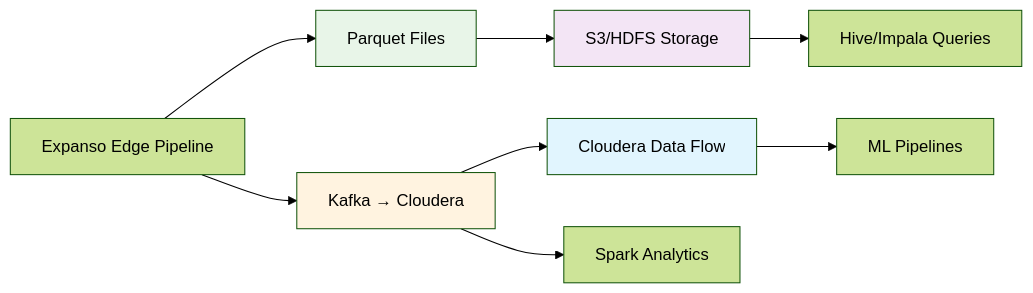
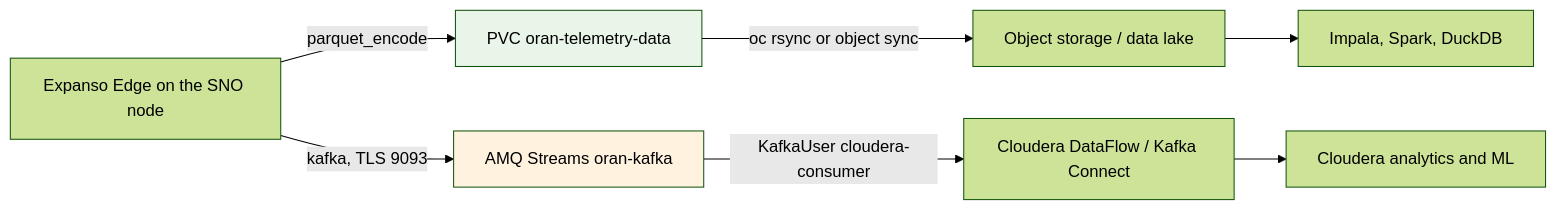
The diagram in docs/integrations/oran-telco-pipeline/step-5-parquet-and-cloudera.mdx (expanso-io/examples.expanso.io), drawn with Mermaid (forest theme) before and after one commit. The commit also changed other lines of this file and 36 other files, not shown here.

````diff
--- a/docs/integrations/oran-telco-pipeline/step-5-parquet-and-cloudera.mdx
+++ b/docs/integrations/oran-telco-pipeline/step-5-parquet-and-cloudera.mdx
@@ -34,15 +32,12 @@
 ```mermaid
 graph LR
-    A[Expanso Edge Pipeline] --> B[Parquet Files]
-    A --> C[Kafka → Cloudera]
-    B --> D[S3/HDFS Storage]
-    C --> E[Cloudera Data Flow]
-    C --> F[Spark Analytics]
-    D --> G[Hive/Impala Queries]
-    E --> H[ML Pipelines]
+    A[Expanso Edge on the SNO node] -->|parquet_encode| B[PVC oran-telemetry-data]
+    A -->|kafka, TLS 9093| C[AMQ Streams oran-kafka]
+    B -->|oc rsync or object sync| D[Object storage / data lake]
+    C -->|KafkaUser cloudera-consumer| E[Cloudera DataFlow / Kafka Connect]
+    D --> F[Impala, Spark, DuckDB]
+    E --> G[Cloudera analytics and ML]
 
     style B fill:#e8f5e8
     style C fill:#fff3e0
-    style D fill:#f3e5f5
-    style E fill:#e1f5fe
 ```
````
